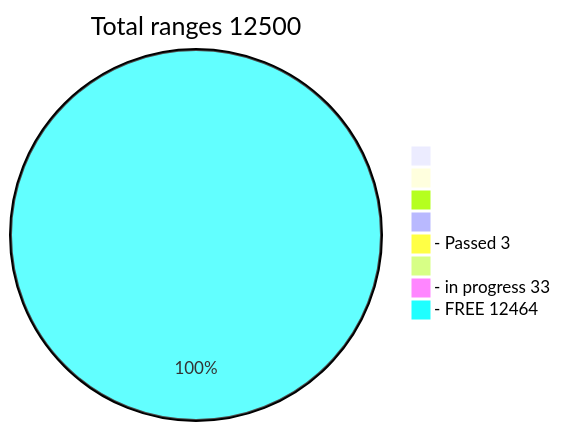
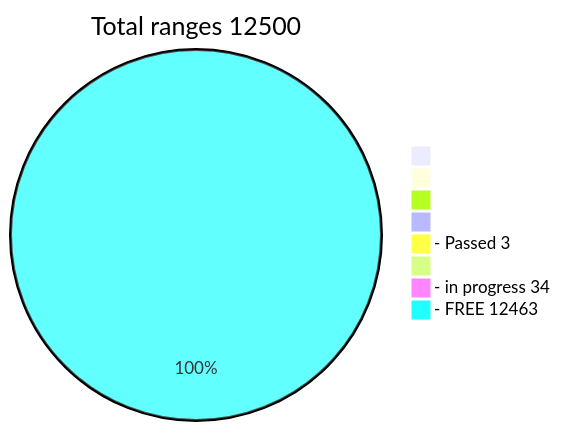
Before and after one commit to phrutis/Passphrases: the diagram in README.md, drawn with Mermaid.

````diff
--- a/README.md
+++ b/README.md
@@ -3,12 +3,12 @@
 ```mermaid
 pie title Total ranges 12500
              " " : 0
             "  " : 0
            "   " : 0
           "    " : 0
   "- Passed 3" : 3
          "     " : 0
-  "- in progress 33" : 33
-   "- FREE 12464" : 12464
+  "- in progress 34" : 34
+   "- FREE 12463" : 12463
    
 ```
````
